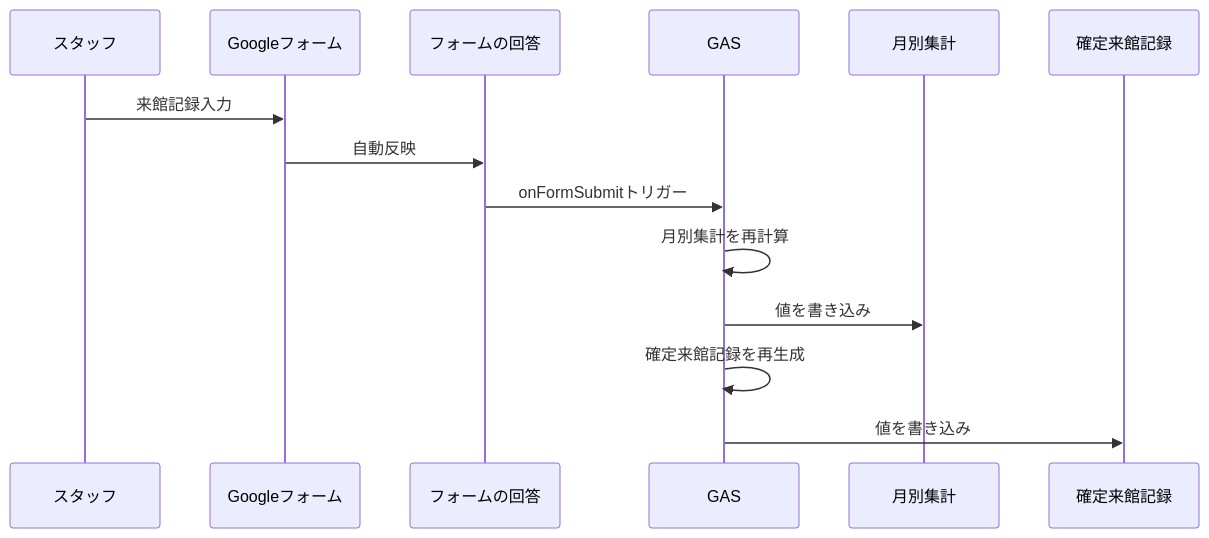
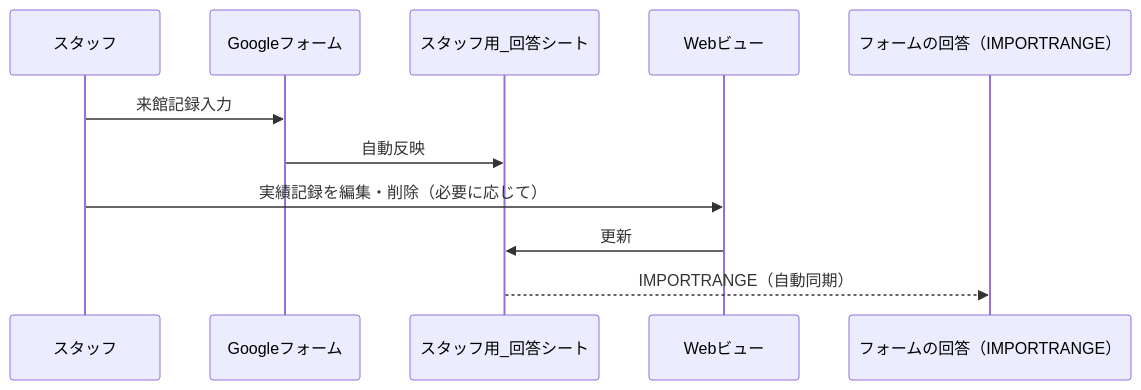
Before and after one commit to Tatetsu/oen-yorimado: the second of 4 diagrams in docs/architecture.md, drawn with Mermaid. The commit also changed other lines of this file and 16 other files, not shown here.

````diff
--- a/docs/architecture.md
+++ b/docs/architecture.md
@@ -40,17 +43,14 @@
 ```mermaid
 sequenceDiagram
     participant Staff as スタッフ
     participant Form as Googleフォーム
-    participant Sheet as フォームの回答
-    participant GAS as GAS
-    participant Summary as 月別集計
-    participant Confirmed as 確定来館記録
+    participant StaffSheet as スタッフ用_回答シート
+    participant WebView as Webビュー
+    participant ImportSheet as フォームの回答（IMPORTRANGE）
 
     Staff->>Form: 来館記録入力
-    Form->>Sheet: 自動反映
-    Sheet->>GAS: onFormSubmitトリガー
-    GAS->>GAS: 月別集計を再計算
-    GAS->>Summary: 値を書き込み
-    GAS->>GAS: 確定来館記録を再生成
-    GAS->>Confirmed: 値を書き込み
+    Form->>StaffSheet: 自動反映
+    Staff->>WebView: 実績記録を編集・削除（必要に応じて）
+    WebView->>StaffSheet: 更新
+    StaffSheet-->>ImportSheet: IMPORTRANGE（自動同期）
 ```
````
